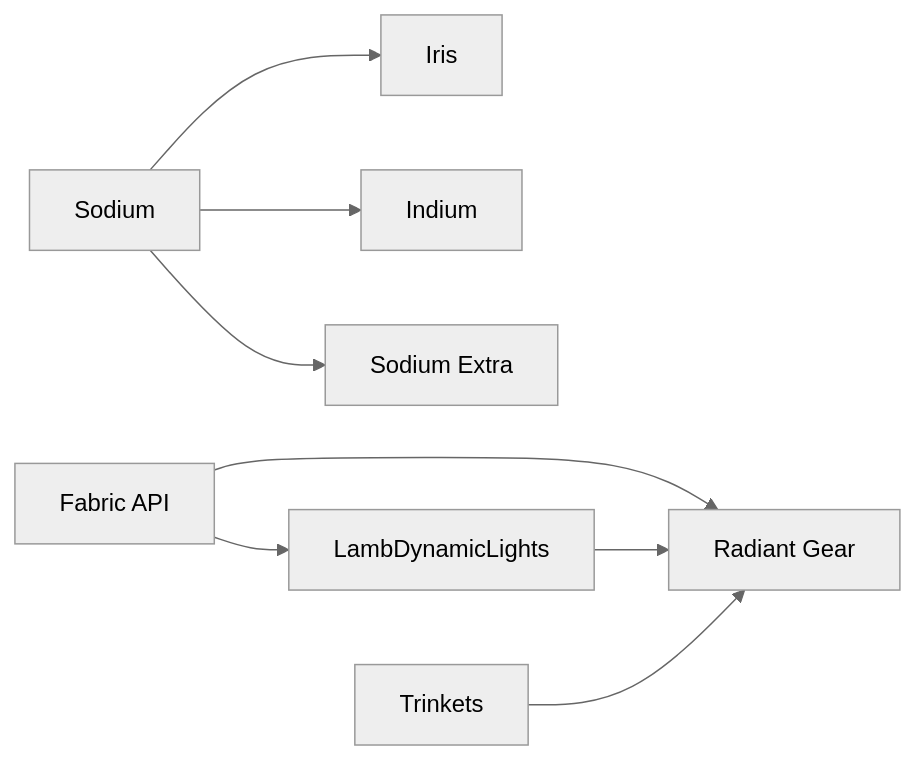
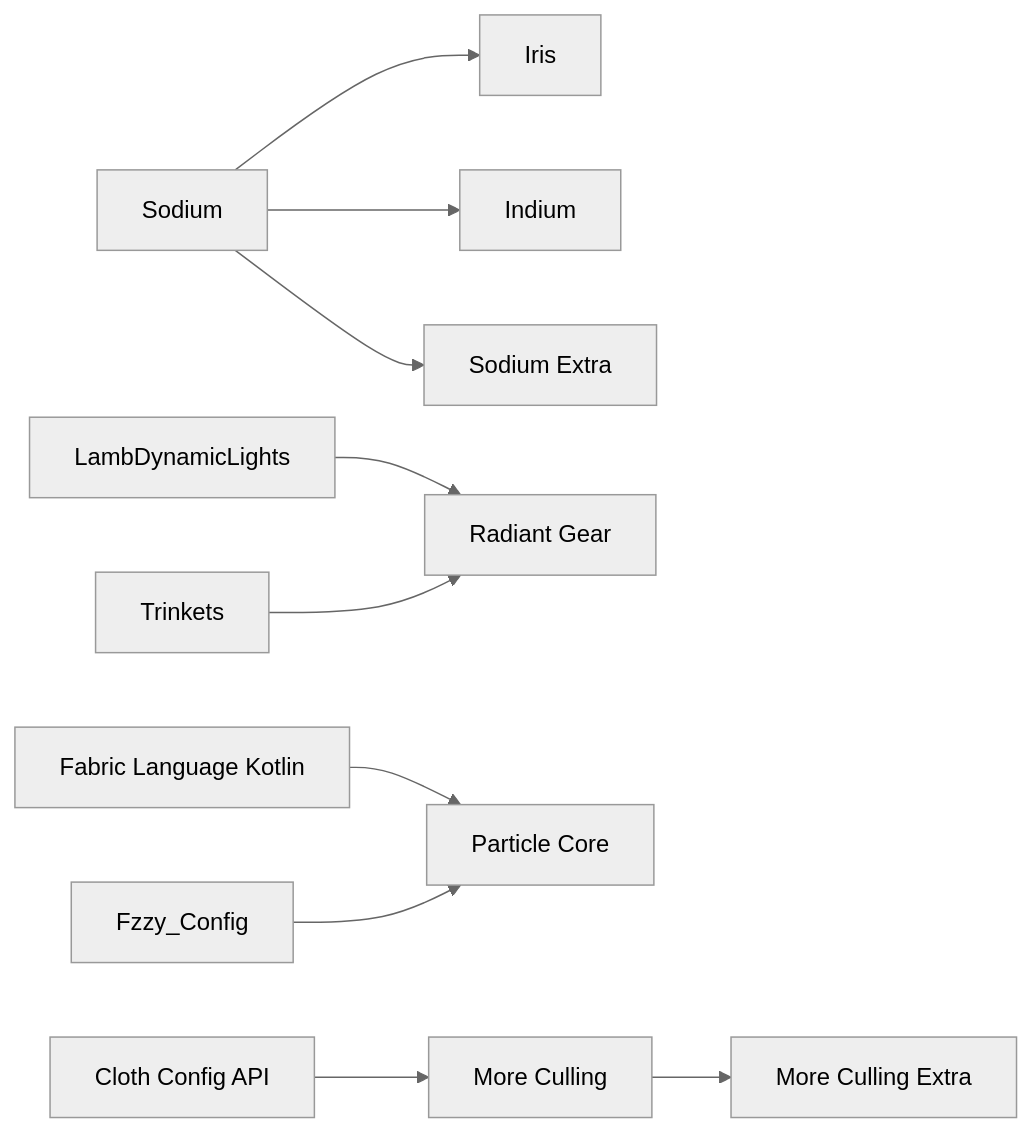
One commit to modding-mc/modpack-heavens-descent changed the diagram in docs/about/mod_table.md. Above: the diagram before and after it, drawn with Mermaid (neutral theme). The commit also changed other lines of this file and 18 other files, not shown here.

````diff
--- a/docs/about/mod_table.md
+++ b/docs/about/mod_table.md
@@ -53,12 +56,15 @@
 ```mermaid
 graph LR
     Sodium --> Iris
     Sodium --> Indium
     Sodium --> Sodium_Extra[Sodium Extra]
     
-    Fabric_API[Fabric API] --> LambDynamicLights
-    
-    Fabric_API --> Radiant_Gear
     LambDynamicLights --> Radiant_Gear[Radiant Gear]
     Trinkets --> Radiant_Gear
+    
+    Fabric_Language_Kotlin[Fabric Language Kotlin] --> Particle_Core[Particle Core]
+    Fzzy_Config --> Particle_Core
+    
+    Cloth_Config_API[Cloth Config API] --> More_Culling[More Culling]
+    More_Culling --> More_Culling_Extra[More Culling Extra]
 ```
````
